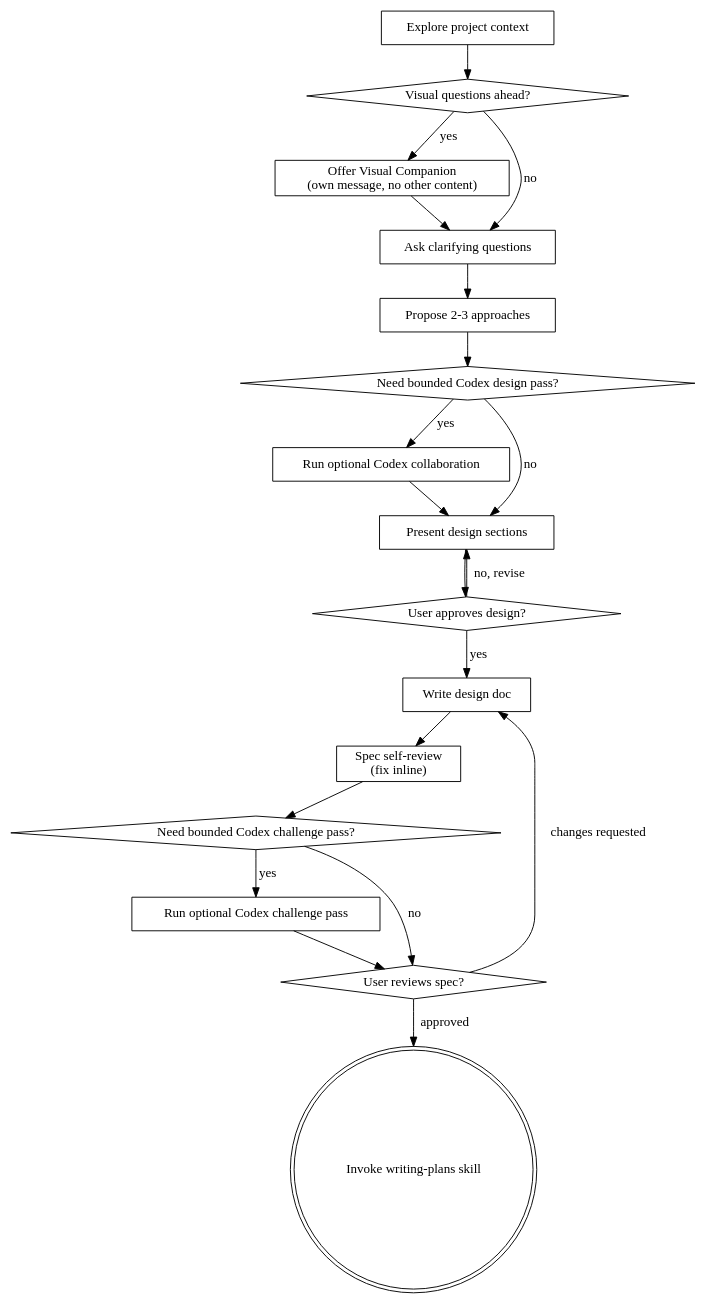
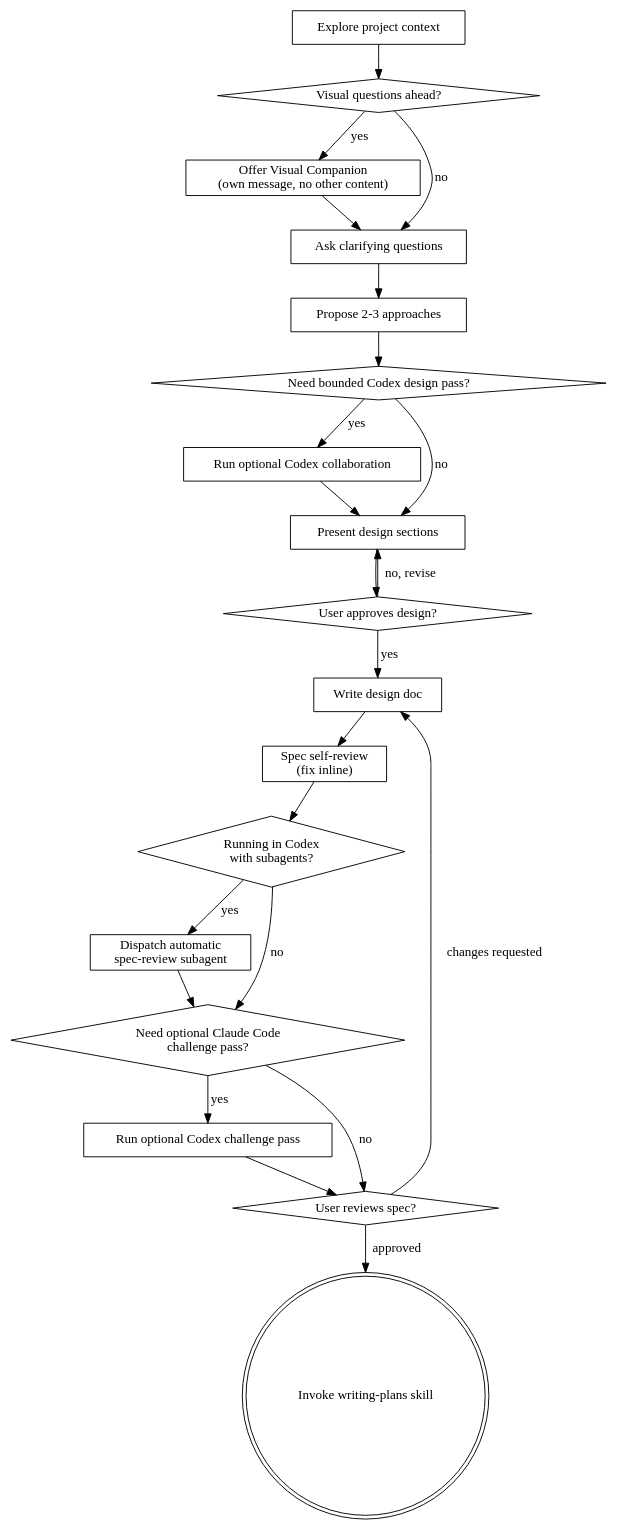
The diagram in skills/brainstorming/SKILL.md (nakkulla/superpowers), drawn with Graphviz before and after one commit. The commit also changed other lines of this file, not shown here.

````diff
--- a/skills/brainstorming/SKILL.md
+++ b/skills/brainstorming/SKILL.md
@@ -39,39 +40,44 @@
 ```dot
 digraph brainstorming {
     "Explore project context" [shape=box];
     "Visual questions ahead?" [shape=diamond];
     "Offer Visual Companion\n(own message, no other content)" [shape=box];
     "Ask clarifying questions" [shape=box];
     "Propose 2-3 approaches" [shape=box];
     "Need bounded Codex design pass?" [shape=diamond];
     "Run optional Codex collaboration" [shape=box];
     "Present design sections" [shape=box];
     "User approves design?" [shape=diamond];
     "Write design doc" [shape=box];
     "Spec self-review\n(fix inline)" [shape=box];
-    "Need bounded Codex challenge pass?" [shape=diamond];
+    "Running in Codex\nwith subagents?" [shape=diamond];
+    "Dispatch automatic\nspec-review subagent" [shape=box];
+    "Need optional Claude Code\nchallenge pass?" [shape=diamond];
     "Run optional Codex challenge pass" [shape=box];
     "User reviews spec?" [shape=diamond];
     "Invoke writing-plans skill" [shape=doublecircle];
 
     "Explore project context" -> "Visual questions ahead?";
     "Visual questions ahead?" -> "Offer Visual Companion\n(own message, no other content)" [label="yes"];
     "Visual questions ahead?" -> "Ask clarifying questions" [label="no"];
     "Offer Visual Companion\n(own message, no other content)" -> "Ask clarifying questions";
     "Ask clarifying questions" -> "Propose 2-3 approaches";
     "Propose 2-3 approaches" -> "Need bounded Codex design pass?";
     "Need bounded Codex design pass?" -> "Run optional Codex collaboration" [label="yes"];
     "Need bounded Codex design pass?" -> "Present design sections" [label="no"];
     "Run optional Codex collaboration" -> "Present design sections";
     "Present design sections" -> "User approves design?";
     "User approves design?" -> "Present design sections" [label="no, revise"];
     "User approves design?" -> "Write design doc" [label="yes"];
     "Write design doc" -> "Spec self-review\n(fix inline)";
-    "Spec self-review\n(fix inline)" -> "Need bounded Codex challenge pass?";
-    "Need bounded Codex challenge pass?" -> "Run optional Codex challenge pass" [label="yes"];
-    "Need bounded Codex challenge pass?" -> "User reviews spec?" [label="no"];
+    "Spec self-review\n(fix inline)" -> "Running in Codex\nwith subagents?";
+    "Running in Codex\nwith subagents?" -> "Dispatch automatic\nspec-review subagent" [label="yes"];
+    "Running in Codex\nwith subagents?" -> "Need optional Claude Code\nchallenge pass?" [label="no"];
+    "Dispatch automatic\nspec-review subagent" -> "Need optional Claude Code\nchallenge pass?";
+    "Need optional Claude Code\nchallenge pass?" -> "Run optional Codex challenge pass" [label="yes"];
+    "Need optional Claude Code\nchallenge pass?" -> "User reviews spec?" [label="no"];
     "Run optional Codex challenge pass" -> "User reviews spec?";
     "User reviews spec?" -> "Write design doc" [label="changes requested"];
     "User reviews spec?" -> "Invoke writing-plans skill" [label="approved"];
 }
 ```
````
